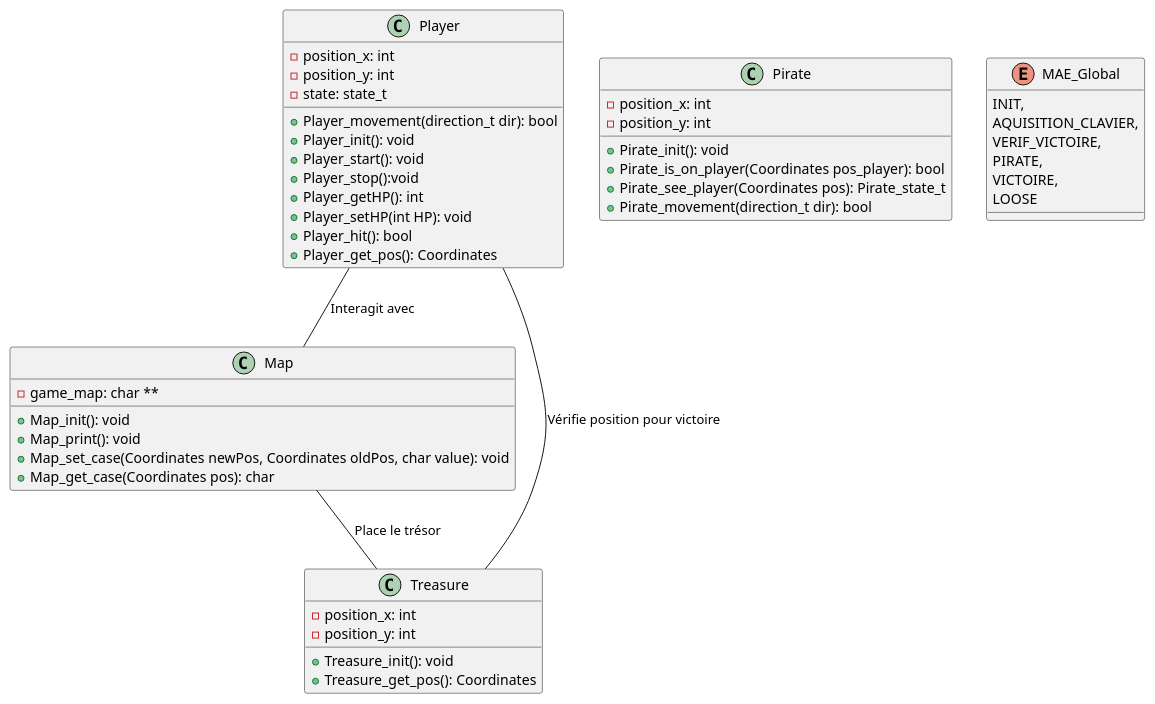
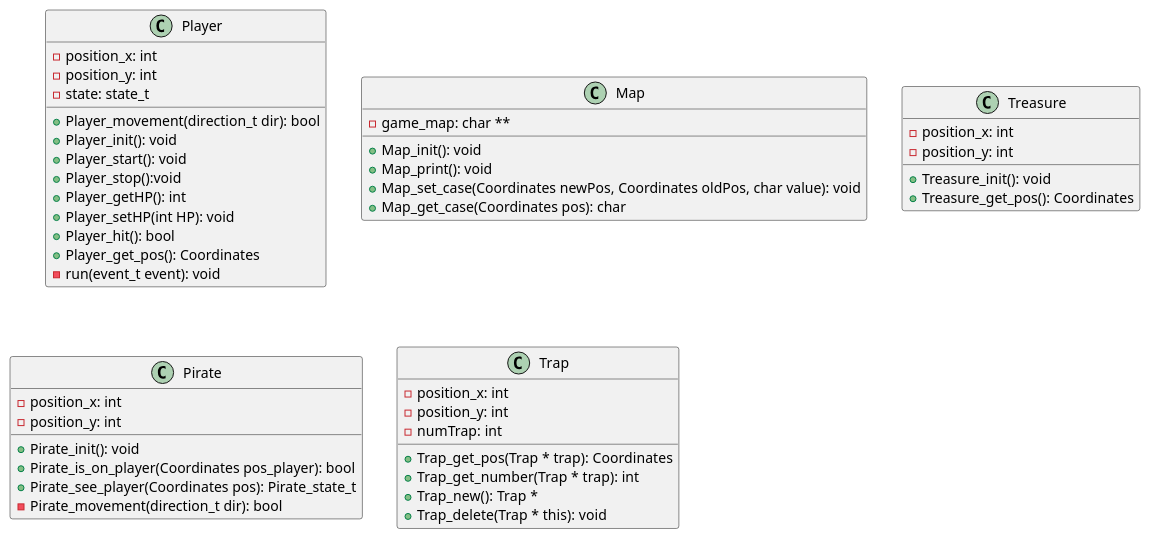
Before and after one commit to florentbeseo/Tresor: the diagram in SUTEAU_BIRMELE/base/diagrameClass.puml, drawn with PlantUML. The commit also changed 133 other files, not shown here.

```diff
--- a/SUTEAU_BIRMELE/base/diagrameClass.puml
+++ b/SUTEAU_BIRMELE/base/diagrameClass.puml
@@ -1,53 +1,52 @@
 @startuml
 class Player {
     - position_x: int
     - position_y: int
     - state: state_t
     + Player_movement(direction_t dir): bool
     + Player_init(): void
     + Player_start(): void
     + Player_stop():void
     + Player_getHP(): int
     + Player_setHP(int HP): void
     + Player_hit(): bool
     + Player_get_pos(): Coordinates
+    - run(event_t event): void
 }
 class Map {
     - game_map: char **
     + Map_init(): void
     + Map_print(): void
     + Map_set_case(Coordinates newPos, Coordinates oldPos, char value): void
     + Map_get_case(Coordinates pos): char
 }
 
 
 class Treasure {
     - position_x: int
     - position_y: int
     + Treasure_init(): void
     + Treasure_get_pos(): Coordinates
 }
 
 class Pirate{
     - position_x: int
     - position_y: int
     + Pirate_init(): void
     + Pirate_is_on_player(Coordinates pos_player): bool
     + Pirate_see_player(Coordinates pos): Pirate_state_t
-    + Pirate_movement(direction_t dir): bool
+    - Pirate_movement(direction_t dir): bool
+}
+
+class Trap{
+    - position_x: int
+    - position_y: int
+    - numTrap: int
+    + Trap_get_pos(Trap * trap): Coordinates
+    + Trap_get_number(Trap * trap): int
+    + Trap_new(): Trap *
+    + Trap_delete(Trap * this): void
 }
 
 
-enum MAE_Global {
-    INIT,
-    AQUISITION_CLAVIER,
-    VERIF_VICTOIRE,
-    PIRATE,
-    VICTOIRE,
-    LOOSE
-}
-
-Player -- Map : "Interagit avec"
-Player -- Treasure : "Vérifie position pour victoire"
-Map -- Treasure : "Place le trésor"
 @enduml
```
